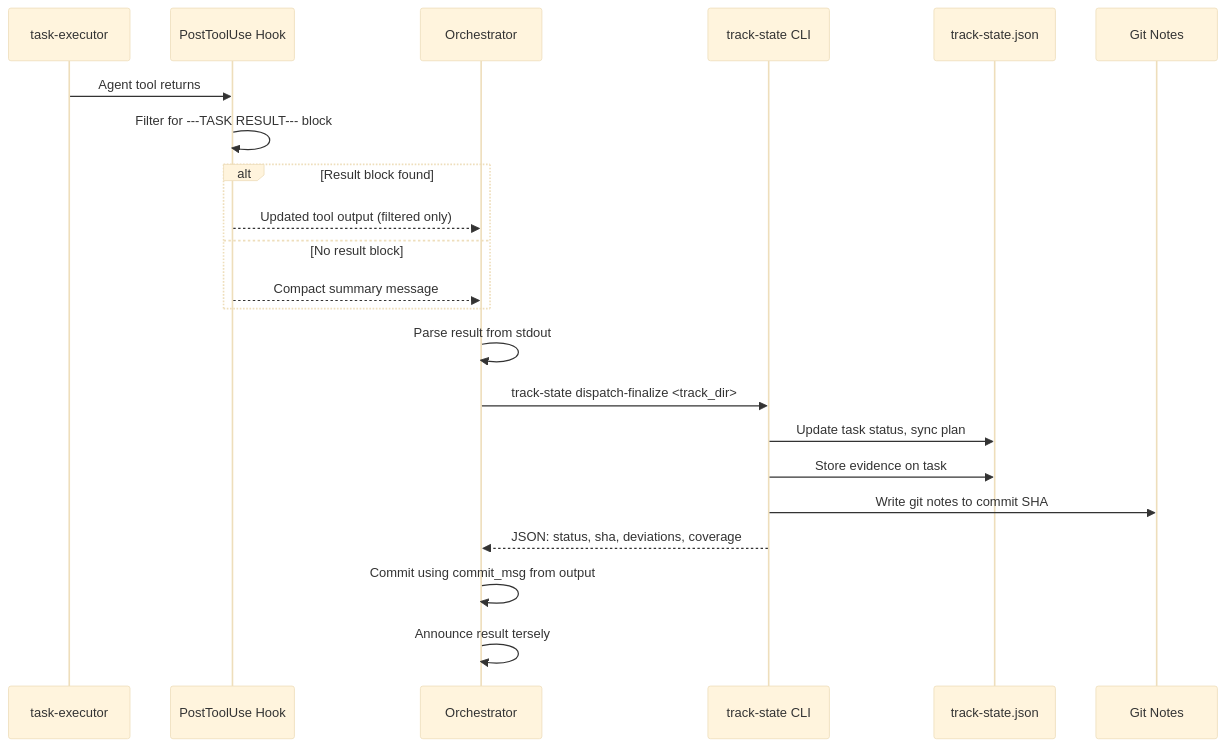
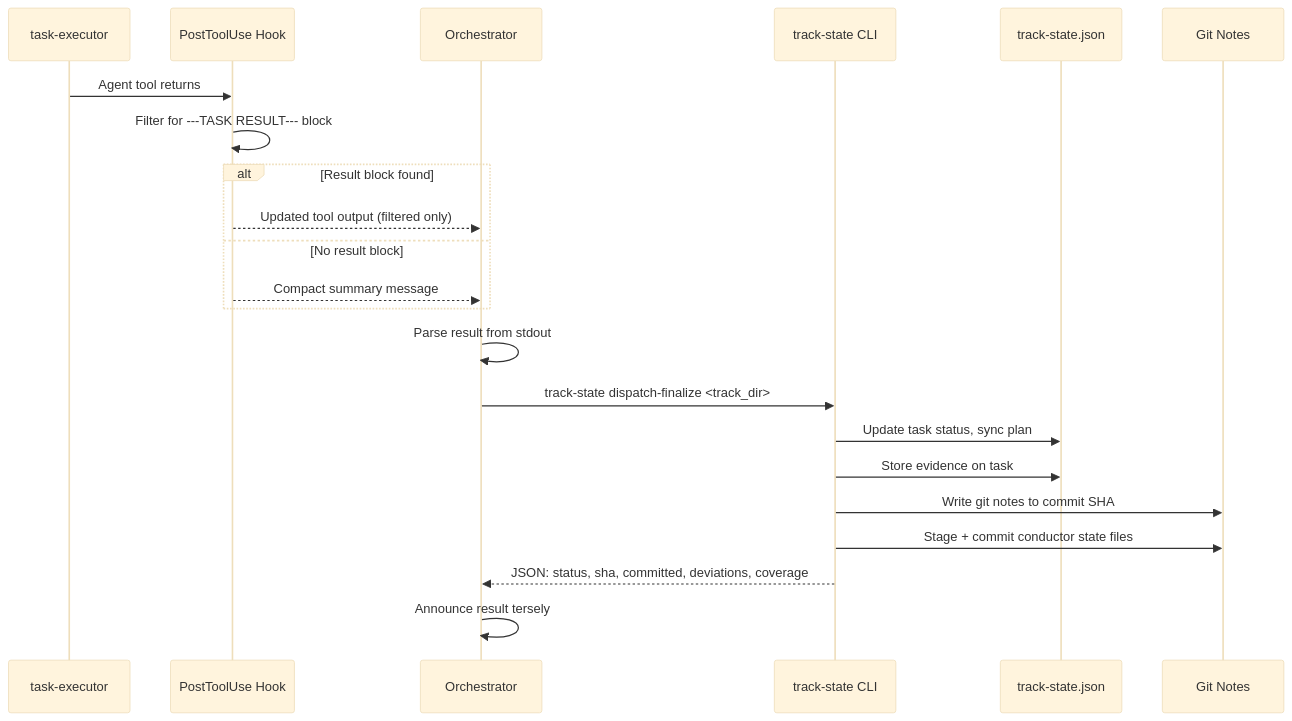
Before and after one commit to AtaraxiaEpiphany/conductor: the fifth of 9 diagrams in developer/architecture/INTERACTION_MECHANISM.md, drawn with Mermaid (base theme). The commit also changed other lines of this file and 2 other files, not shown here.

````diff
--- a/developer/architecture/INTERACTION_MECHANISM.md
+++ b/developer/architecture/INTERACTION_MECHANISM.md
@@ -196,25 +196,25 @@
 ```mermaid
 sequenceDiagram
     participant Subagent as task-executor
     participant Hook as PostToolUse Hook
     participant Skill as Orchestrator
     participant CLI as track-state CLI
     participant State as track-state.json
     participant Git as Git Notes
 
     Subagent->>Hook: Agent tool returns
     Hook->>Hook: Filter for ---TASK RESULT--- block
     alt Result block found
         Hook-->>Skill: Updated tool output (filtered only)
     else No result block
         Hook-->>Skill: Compact summary message
     end
     Skill->>Skill: Parse result from stdout
     Skill->>CLI: track-state dispatch-finalize <track_dir>
     CLI->>State: Update task status, sync plan
     CLI->>State: Store evidence on task
     CLI->>Git: Write git notes to commit SHA
-    CLI-->>Skill: JSON: status, sha, deviations, coverage
-    Skill->>Skill: Commit using commit_msg from output
+    CLI->>Git: Stage + commit conductor state files
+    CLI-->>Skill: JSON: status, sha, committed, deviations, coverage
     Skill->>Skill: Announce result tersely
 ```
````
